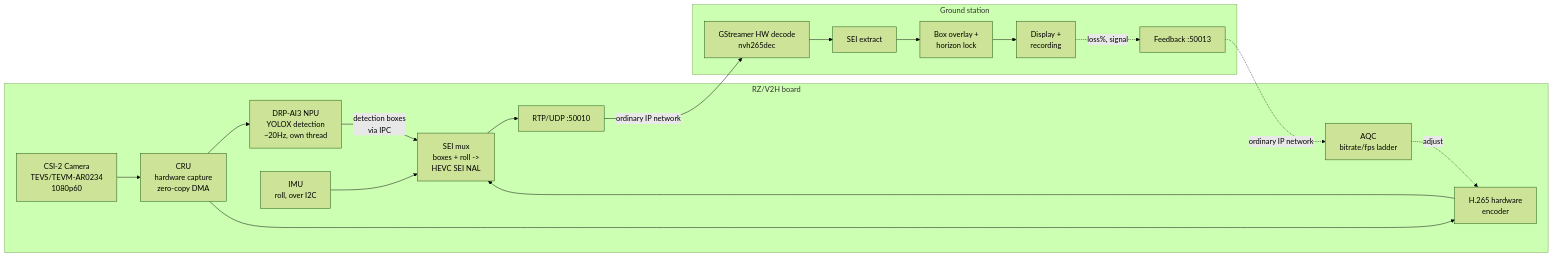
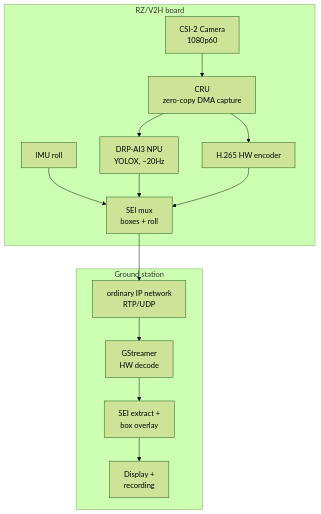
One commit to NFUEE0102/rzv2h-camera-ai-stream changed the diagram in README.md. Above: the diagram before and after it, drawn with Mermaid (forest theme). The commit also changed other lines of this file, not shown here.

Commit message:
Simplify architecture diagram for readability

````diff
--- a/README.md
+++ b/README.md
@@ -41,24 +41,19 @@
 ```mermaid
-flowchart LR
+flowchart TD
     subgraph TX["RZ/V2H board"]
-        CAM["CSI-2 Camera\nTEVS/TEVM-AR0234\n1080p60"] --> CRU["CRU\nhardware capture\nzero-copy DMA"]
-        CRU --> NPU["DRP-AI3 NPU\nYOLOX detection\n~20Hz, own thread"]
-        CRU --> H265["H.265 hardware\nencoder"]
-        IMU["IMU\nroll, over I2C"] --> SEI
-        NPU -->|detection boxes\nvia IPC| SEI["SEI mux\nboxes + roll ->\nHEVC SEI NAL"]
+        CAM["CSI-2 Camera<br/>1080p60"] --> CRU["CRU<br/>zero-copy DMA capture"]
+        CRU --> NPU["DRP-AI3 NPU<br/>YOLOX, ~20Hz"]
+        CRU --> H265["H.265 HW encoder"]
+        IMU["IMU roll"] --> SEI
+        NPU --> SEI["SEI mux<br/>boxes + roll"]
         H265 --> SEI
-        SEI --> RTP["RTP/UDP :50010"]
-        AQC["AQC\nbitrate/fps ladder"] -.->|adjust| H265
     end
 
-    RTP -->|ordinary IP network| DEC
+    SEI --> NET["ordinary IP network<br/>RTP/UDP"]
 
     subgraph RX["Ground station"]
-        DEC["GStreamer HW decode\nnvh265dec"] --> EXTRACT["SEI extract"]
-        EXTRACT --> OVERLAY["Box overlay +\nhorizon lock"]
-        OVERLAY --> DISPLAY["Display +\nrecording"]
-        DISPLAY -.->|loss%, signal| FB["Feedback :50013"]
+        NET --> DEC["GStreamer<br/>HW decode"]
+        DEC --> EXTRACT["SEI extract +<br/>box overlay"]
+        EXTRACT --> DISPLAY["Display +<br/>recording"]
     end
-
-    FB -.->|ordinary IP network| AQC
 ```
````
